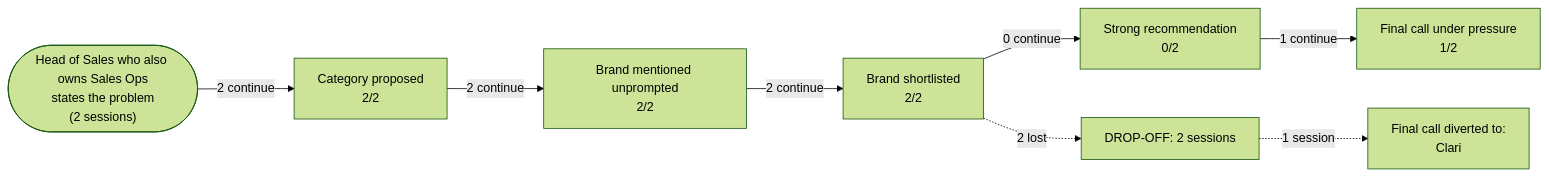
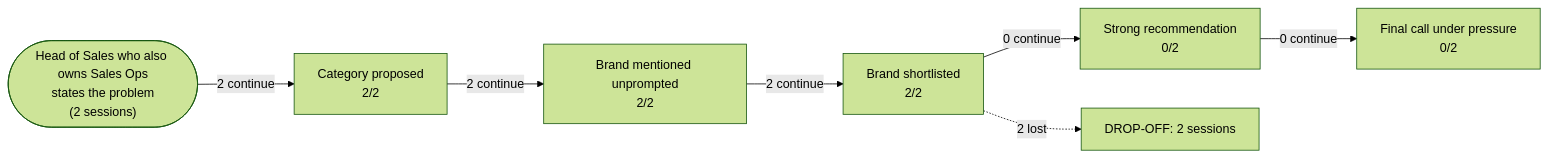
One commit to d-walia/marketing-agents changed the diagram in sample-report.md. Above: the diagram before and after it, drawn with Mermaid (forest theme). The commit also changed other lines of this file and 1 other file, not shown here.

````diff
--- a/sample-report.md
+++ b/sample-report.md
@@ -23,18 +23,16 @@
 ```mermaid
 flowchart LR
     S0(["Head of Sales who also owns Sales Ops<br/>states the problem<br/>(2 sessions)"])
     S1["Category proposed<br/>2/2"]
     S0 -->|"2 continue"| S1
     S2["Brand mentioned unprompted<br/>2/2"]
     S1 -->|"2 continue"| S2
     S3["Brand shortlisted<br/>2/2"]
     S2 -->|"2 continue"| S3
     S4["Strong recommendation<br/>0/2"]
     S3 -->|"0 continue"| S4
     D4["DROP-OFF: 2 sessions"]
     S3 -.->|"2 lost"| D4
-    S5["Final call under pressure<br/>1/2"]
-    S4 -->|"1 continue"| S5
-    W["Final call diverted to:<br/>Clari"]
-    D4 -.->|"1 session"| W
+    S5["Final call under pressure<br/>0/2"]
+    S4 -->|"0 continue"| S5
 ```
````
